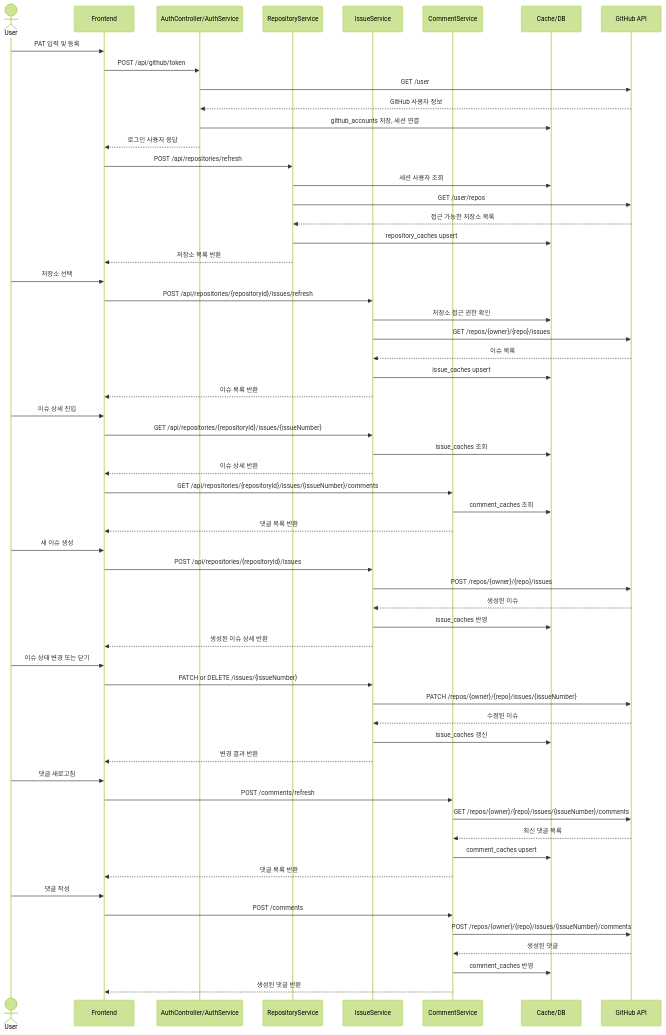
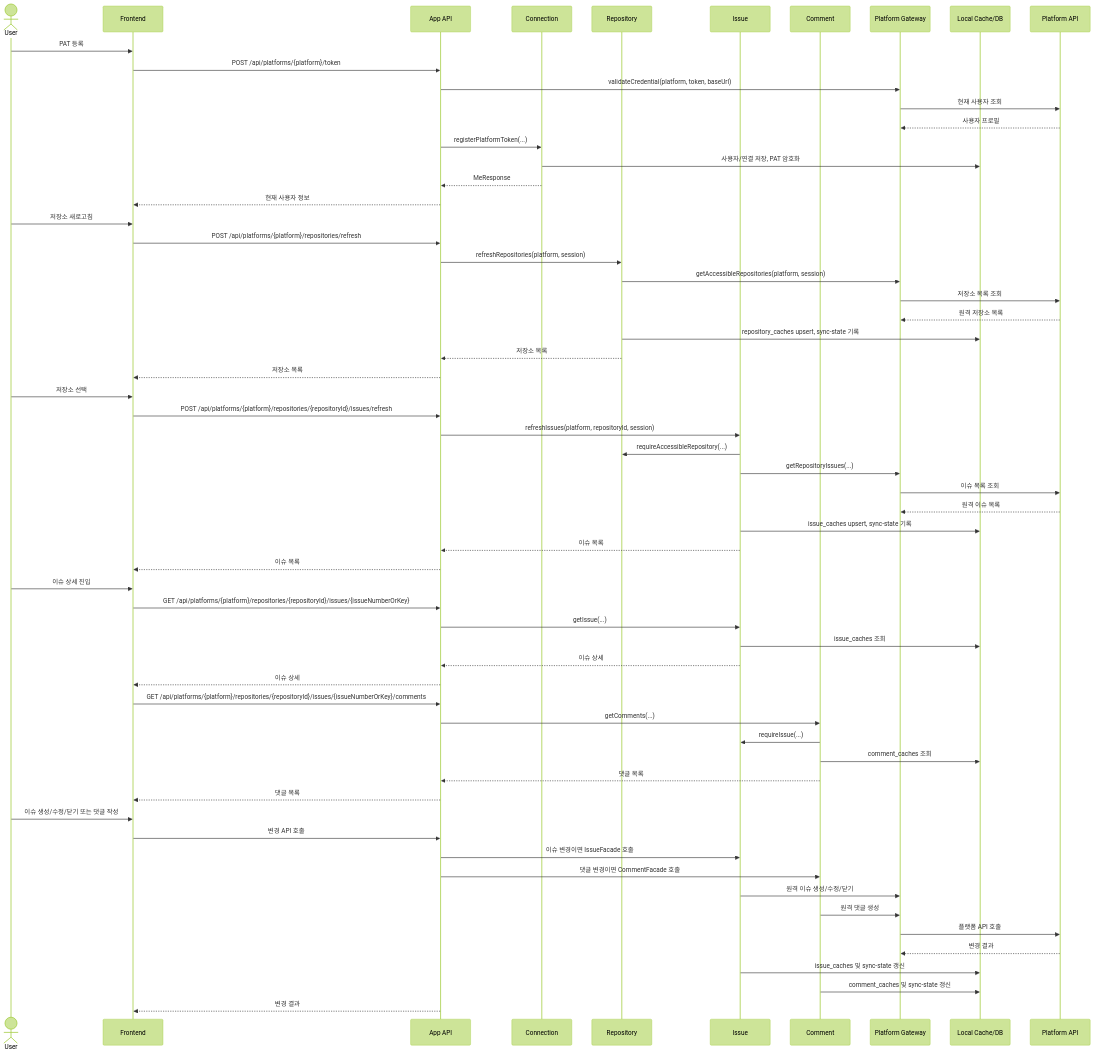
One commit to Jungwoook/github-issue-manager changed the second of 2 diagrams in docs/08-main-use-case-flow.md. Above: the diagram before and after it, drawn with Mermaid (forest theme). The commit also changed other lines of this file and 11 other files, not shown here.

````diff
--- a/docs/08-main-use-case-flow.md
+++ b/docs/08-main-use-case-flow.md
@@ -77,70 +79,70 @@
 ```mermaid
 sequenceDiagram
     actor U as User
     participant F as Frontend
-    participant A as AuthController/AuthService
-    participant R as RepositoryService
-    participant I as IssueService
-    participant C as CommentService
-    participant DB as Cache/DB
-    participant GH as GitHub API
+    participant API as App API
+    participant Conn as Connection
+    participant Repo as Repository
+    participant Issue as Issue
+    participant Comment as Comment
+    participant Platform as Platform Gateway
+    participant DB as Local Cache/DB
+    participant Remote as Platform API
 
-    U->>F: PAT 입력 및 등록
-    F->>A: POST /api/github/token
-    A->>GH: GET /user
-    GH-->>A: GitHub 사용자 정보
-    A->>DB: github_accounts 저장, 세션 연결
-    A-->>F: 로그인 사용자 응답
+    U->>F: PAT 등록
+    F->>API: POST /api/platforms/{platform}/token
+    API->>Platform: validateCredential(platform, token, baseUrl)
+    Platform->>Remote: 현재 사용자 조회
+    Remote-->>Platform: 사용자 프로필
+    API->>Conn: registerPlatformToken(...)
+    Conn->>DB: 사용자/연결 저장, PAT 암호화
+    Conn-->>API: MeResponse
+    API-->>F: 현재 사용자 정보
 
-    F->>R: POST /api/repositories/refresh
-    R->>DB: 세션 사용자 조회
-    R->>GH: GET /user/repos
-    GH-->>R: 접근 가능한 저장소 목록
-    R->>DB: repository_caches upsert
-    R-->>F: 저장소 목록 반환
+    U->>F: 저장소 새로고침
+    F->>API: POST /api/platforms/{platform}/repositories/refresh
+    API->>Repo: refreshRepositories(platform, session)
+    Repo->>Platform: getAccessibleRepositories(platform, session)
+    Platform->>Remote: 저장소 목록 조회
+    Remote-->>Platform: 원격 저장소 목록
+    Repo->>DB: repository_caches upsert, sync-state 기록
+    Repo-->>API: 저장소 목록
+    API-->>F: 저장소 목록
 
     U->>F: 저장소 선택
-    F->>I: POST /api/repositories/{repositoryId}/issues/refresh
-    I->>DB: 저장소 접근 권한 확인
-    I->>GH: GET /repos/{owner}/{repo}/issues
-    GH-->>I: 이슈 목록
-    I->>DB: issue_caches upsert
-    I-->>F: 이슈 목록 반환
+    F->>API: POST /api/platforms/{platform}/repositories/{repositoryId}/issues/refresh
+    API->>Issue: refreshIssues(platform, repositoryId, session)
+    Issue->>Repo: requireAccessibleRepository(...)
+    Issue->>Platform: getRepositoryIssues(...)
+    Platform->>Remote: 이슈 목록 조회
+    Remote-->>Platform: 원격 이슈 목록
+    Issue->>DB: issue_caches upsert, sync-state 기록
+    Issue-->>API: 이슈 목록
+    API-->>F: 이슈 목록
 
     U->>F: 이슈 상세 진입
-    F->>I: GET /api/repositories/{repositoryId}/issues/{issueNumber}
-    I->>DB: issue_caches 조회
-    I-->>F: 이슈 상세 반환
+    F->>API: GET /api/platforms/{platform}/repositories/{repositoryId}/issues/{issueNumberOrKey}
+    API->>Issue: getIssue(...)
+    Issue->>DB: issue_caches 조회
+    Issue-->>API: 이슈 상세
+    API-->>F: 이슈 상세
 
-    F->>C: GET /api/repositories/{repositoryId}/issues/{issueNumber}/comments
-    C->>DB: comment_caches 조회
-    C-->>F: 댓글 목록 반환
+    F->>API: GET /api/platforms/{platform}/repositories/{repositoryId}/issues/{issueNumberOrKey}/comments
+    API->>Comment: getComments(...)
+    Comment->>Issue: requireIssue(...)
+    Comment->>DB: comment_caches 조회
+    Comment-->>API: 댓글 목록
+    API-->>F: 댓글 목록
 
-    U->>F: 새 이슈 생성
-    F->>I: POST /api/repositories/{repositoryId}/issues
-    I->>GH: POST /repos/{owner}/{repo}/issues
-    GH-->>I: 생성된 이슈
-    I->>DB: issue_caches 반영
-    I-->>F: 생성된 이슈 상세 반환
-
-    U->>F: 이슈 상태 변경 또는 닫기
-    F->>I: PATCH or DELETE /issues/{issueNumber}
-    I->>GH: PATCH /repos/{owner}/{repo}/issues/{issueNumber}
-    GH-->>I: 수정된 이슈
-    I->>DB: issue_caches 갱신
-    I-->>F: 변경 결과 반환
-
-    U->>F: 댓글 새로고침
-    F->>C: POST /comments/refresh
-    C->>GH: GET /repos/{owner}/{repo}/issues/{issueNumber}/comments
-    GH-->>C: 최신 댓글 목록
-    C->>DB: comment_caches upsert
-    C-->>F: 댓글 목록 반환
-
-    U->>F: 댓글 작성
-    F->>C: POST /comments
-    C->>GH: POST /repos/{owner}/{repo}/issues/{issueNumber}/comments
-    GH-->>C: 생성된 댓글
-    C->>DB: comment_caches 반영
-    C-->>F: 생성된 댓글 반환
+    U->>F: 이슈 생성/수정/닫기 또는 댓글 작성
+    F->>API: 변경 API 호출
+    API->>Issue: 이슈 변경이면 IssueFacade 호출
+    API->>Comment: 댓글 변경이면 CommentFacade 호출
+    Issue->>Platform: 원격 이슈 생성/수정/닫기
+    Comment->>Platform: 원격 댓글 생성
+    Platform->>Remote: 플랫폼 API 호출
+    Remote-->>Platform: 변경 결과
+    Issue->>DB: issue_caches 및 sync-state 갱신
+    Comment->>DB: comment_caches 및 sync-state 갱신
+    API-->>F: 변경 결과
 ```
````
